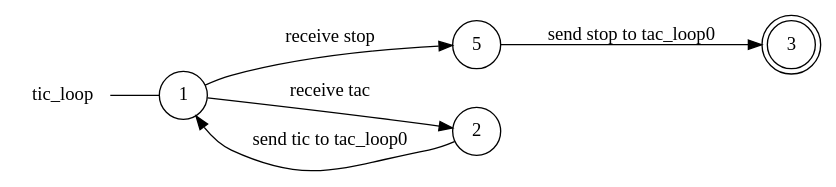
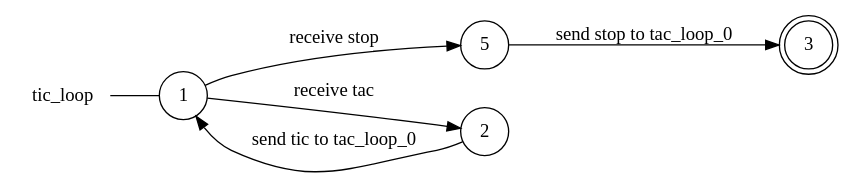
The diagram in examples/ticktack/tic_loop_local_view.dot (gabrielegenovese/chorer), drawn with Graphviz before and after one commit. The commit also changed 8 other files, not shown here.

```diff
--- a/examples/ticktack/tic_loop_local_view.dot
+++ b/examples/ticktack/tic_loop_local_view.dot
@@ -1,14 +1,14 @@
 digraph tic_loop {
 	rankdir="LR";
 	n_0 [label="tic_loop", shape="plaintext"];
 	n_1 [id="5", shape=circle, label="5"];
 	n_2 [id="1", shape=circle, label="1"];
 	n_0 -> n_2 [arrowhead=none];
 	n_3 [id="2", shape=circle, label="2"];
 	n_4 [id="3", shape=doublecircle, label="3"];
 
+	n_2 -> n_1 [id="[$e|2]", label="receive stop"];
 	n_2 -> n_3 [id="[$e|0]", label="receive tac"];
-	n_3 -> n_2 [id="[$e|6]", label="send tic to tac_loop0"];
-	n_2 -> n_1 [id="[$e|3]", label="receive stop"];
-	n_1 -> n_4 [id="[$e|4]", label="send stop to tac_loop0"];
+	n_3 -> n_2 [id="[$e|6]", label="send tic to tac_loop_0"];
+	n_1 -> n_4 [id="[$e|3]", label="send stop to tac_loop_0"];
 }
```
